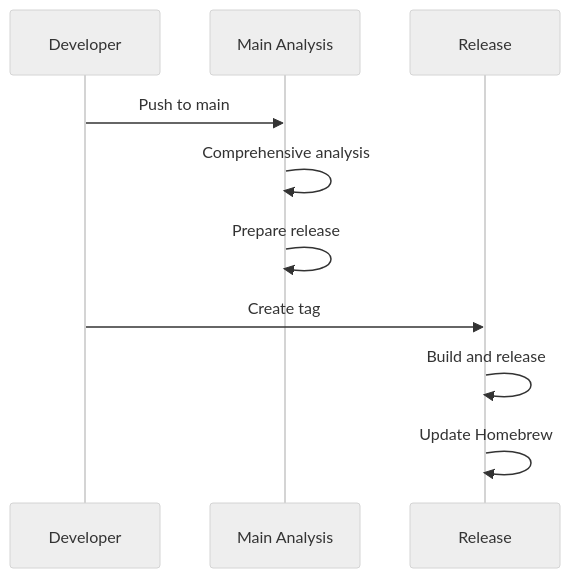
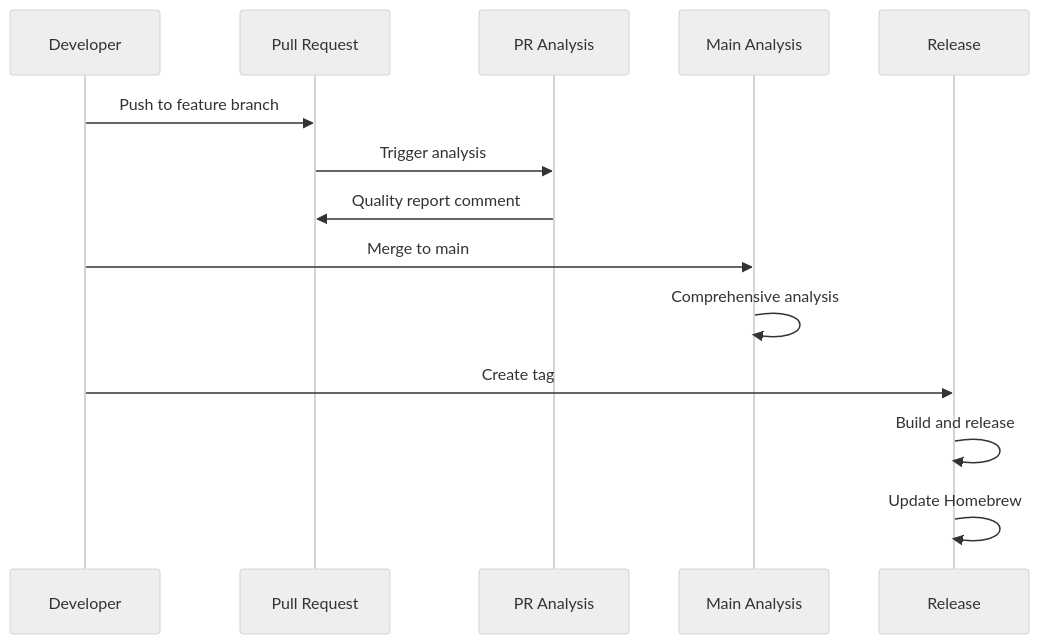
Before and after one commit to ericodx/swift-member-lineup: the sixth of 6 diagrams in Docs/CI/README.md, drawn with Mermaid (neutral theme). The commit also changed other lines of this file, not shown here.

Commit message:
docs: update CI README with PR analysis and Dependabot

````diff
--- a/Docs/CI/README.md
+++ b/Docs/CI/README.md
@@ -216,14 +255,19 @@
 ```mermaid
 sequenceDiagram
     participant Dev as Developer
+    participant PR as Pull Request
+    participant PRA as PR Analysis
     participant MA as Main Analysis
     participant REL as Release
 
-    Dev->>MA: Push to main
+    Dev->>PR: Push to feature branch
+    PR->>PRA: Trigger analysis
+    PRA->>PR: Quality report comment
+
+    Dev->>MA: Merge to main
     MA->>MA: Comprehensive analysis
-    MA->>MA: Prepare release
 
     Dev->>REL: Create tag
     REL->>REL: Build and release
     REL->>REL: Update Homebrew
 ```
````
